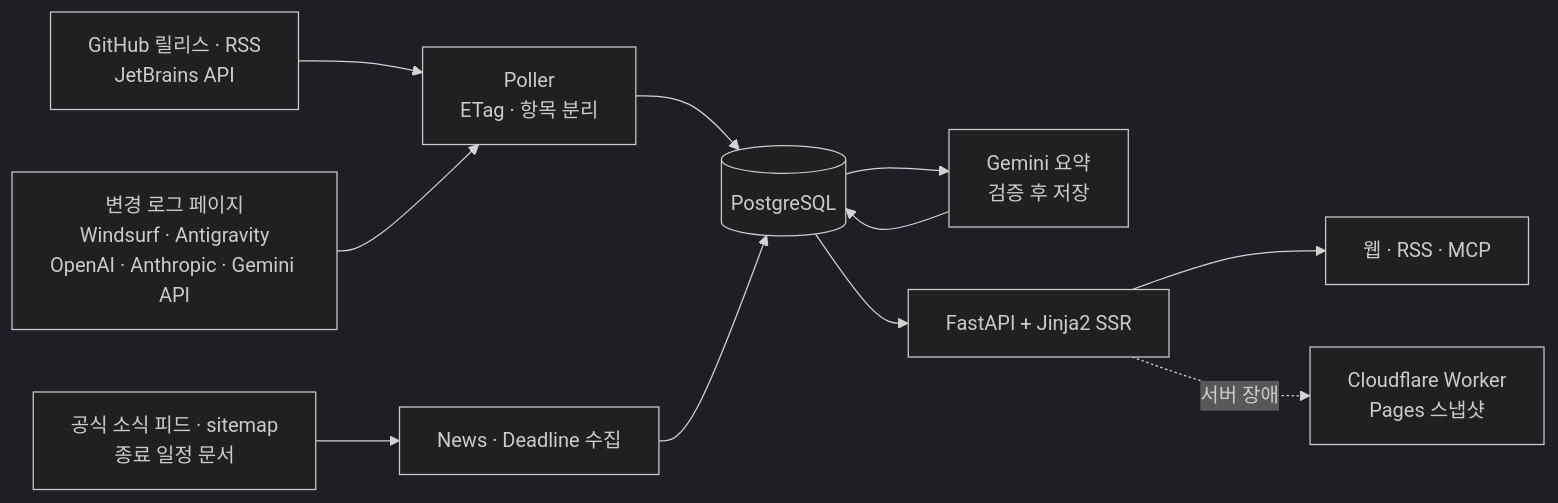
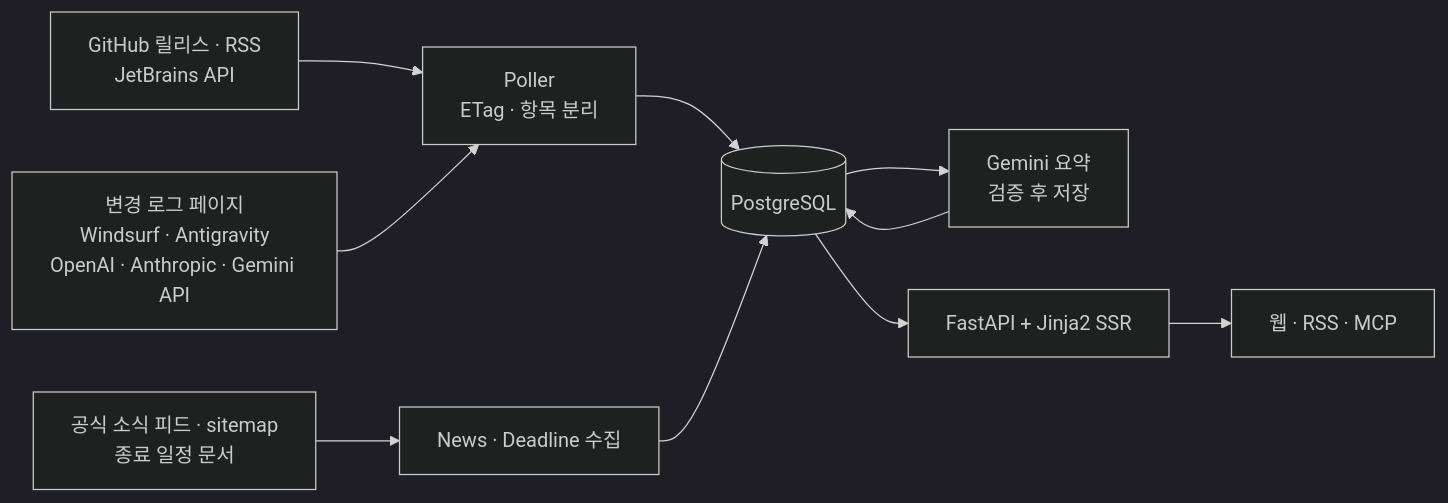
Before and after one commit to Hasegos/deltalog: the diagram in README.md, drawn with Mermaid (dark theme). The commit also changed other lines of this file, not shown here.

````diff
--- a/README.md
+++ b/README.md
@@ -123,13 +121,12 @@
 ```mermaid
 flowchart LR
     S1[GitHub 릴리스 · RSS<br/>JetBrains API] --> P
     S2[변경 로그 페이지<br/>Windsurf · Antigravity<br/>OpenAI · Anthropic · Gemini API] --> P
     S3[공식 소식 피드 · sitemap<br/>종료 일정 문서] --> N
     P[Poller<br/>ETag · 항목 분리] --> DB[(PostgreSQL)]
     N[News · Deadline 수집] --> DB
     DB --> L[Gemini 요약<br/>검증 후 저장]
     L --> DB
     DB --> W[FastAPI + Jinja2 SSR]
     W --> U[웹 · RSS · MCP]
-    W -. 서버 장애 .-> CF[Cloudflare Worker<br/>Pages 스냅샷]
 ```
````
